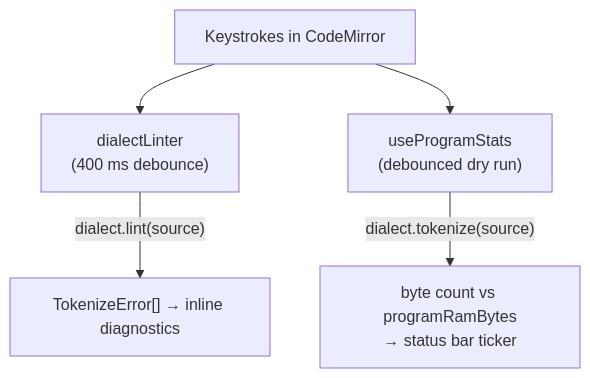
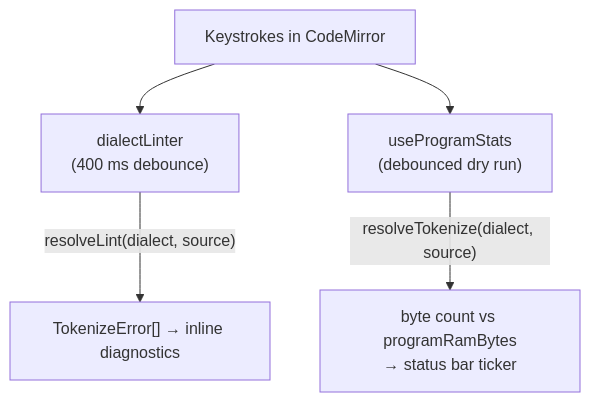
The sixth of 12 diagrams in docs/contributing/architecture.md (seanhodges/basically), drawn with Mermaid before and after one commit. The commit also changed other lines of this file and 36 other files, not shown here.

````diff
--- a/docs/contributing/architecture.md
+++ b/docs/contributing/architecture.md
@@ -446,7 +459,7 @@
 ```mermaid
 flowchart TB
   typing["Keystrokes in CodeMirror"] --> lint["dialectLinter<br/>(400 ms debounce)"]
   typing --> stats["useProgramStats<br/>(debounced dry run)"]
-  lint -->|"dialect.lint(source)"| diags["TokenizeError[] → inline diagnostics"]
-  stats -->|"dialect.tokenize(source)"| budget["byte count vs programRamBytes<br/>→ status bar ticker"]
+  lint -->|"resolveLint(dialect, source)"| diags["TokenizeError[] → inline diagnostics"]
+  stats -->|"resolveTokenize(dialect, source)"| budget["byte count vs programRamBytes<br/>→ status bar ticker"]
 ```
````
